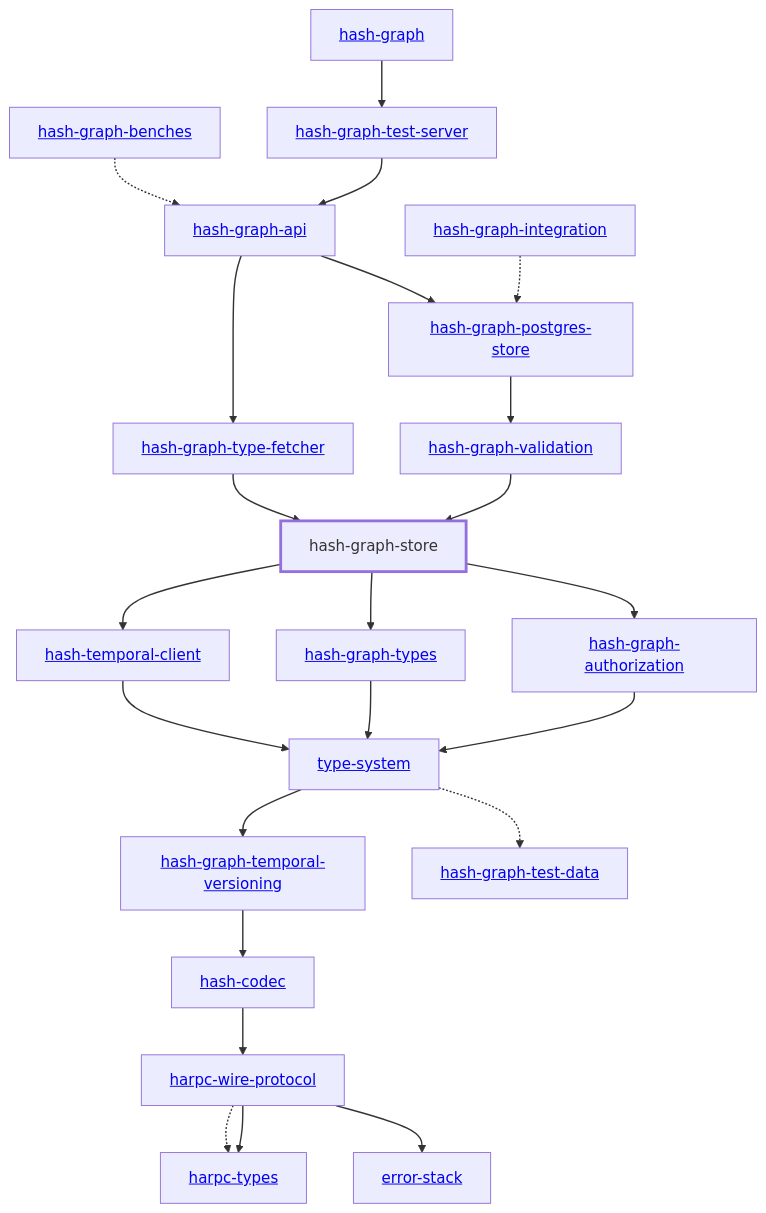
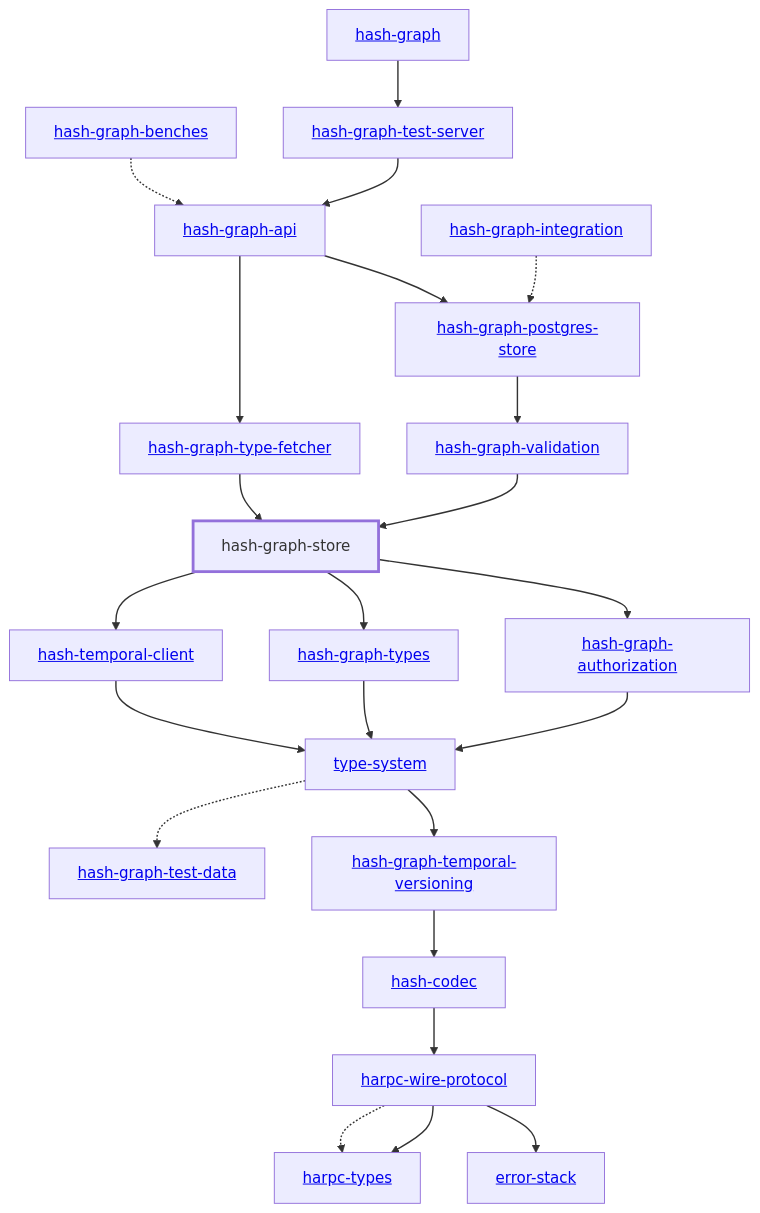
The diagram in libs/@local/graph/store/docs/dependency-diagram.mmd (hashintel/hash), drawn with Mermaid before and after one commit. The commit also changed other lines of this file and 28 other files, not shown here.

Commit message:
Fix dependency diagrams

```diff
--- a/libs/@local/graph/store/docs/dependency-diagram.mmd
+++ b/libs/@local/graph/store/docs/dependency-diagram.mmd
@@ -1,52 +1,52 @@
 graph TD
     linkStyle default stroke-width:1.5px
     classDef default stroke-width:1px
     classDef root stroke-width:3px
     classDef dev stroke-width:1px
     classDef build stroke-width:1px
     %% Legend
     %% --> : Normal dependency
     %% -.-> : Dev dependency
     %% ---> : Build dependency
     0[<a href="../hash_graph_api/index.html">hash-graph-api</a>]
     1[<a href="../hash_graph_authorization/index.html">hash-graph-authorization</a>]
     2[<a href="../hash_graph_benches/index.html">hash-graph-benches</a>]
     3[<a href="../hash_graph_integration/index.html">hash-graph-integration</a>]
     4[<a href="../hash_graph_validation/index.html">hash-graph-validation</a>]
     5[<a href="../hash_temporal_client/index.html">hash-temporal-client</a>]
     6[<a href="../hash_graph_postgres_store/index.html">hash-graph-postgres-store</a>]
     7[<a href="../error_stack/index.html">error-stack</a>]
     8[hash-graph-store]
     class 8 root
     9[<a href="../hash_graph_temporal_versioning/index.html">hash-graph-temporal-versioning</a>]
     10[<a href="../hash_graph_test_data/index.html">hash-graph-test-data</a>]
     11[<a href="../hash_graph_test_server/index.html">hash-graph-test-server</a>]
     12[<a href="../type_system/index.html">type-system</a>]
     13[<a href="../hash_graph_type_fetcher/index.html">hash-graph-type-fetcher</a>]
     14[<a href="../hash_graph_types/index.html">hash-graph-types</a>]
     15[<a href="../harpc_types/index.html">harpc-types</a>]
     16[<a href="../harpc_wire_protocol/index.html">harpc-wire-protocol</a>]
     17[<a href="../hash_codec/index.html">hash-codec</a>]
     18[<a href="../hash_graph/index.html">hash-graph</a>]
+    12 --> 9
+    4 --> 8
     12 -.-> 10
-    4 --> 8
-    12 --> 9
     13 --> 8
     6 --> 4
     8 --> 1
     8 --> 14
     8 --> 5
     11 --> 0
     5 --> 12
     14 --> 12
     16 --> 7
     16 --> 15
     16 -.-> 15
     17 --> 16
     9 --> 17
     18 --> 11
     0 --> 6
     0 --> 13
     1 --> 12
     2 -.-> 0
     3 -.-> 6
```
